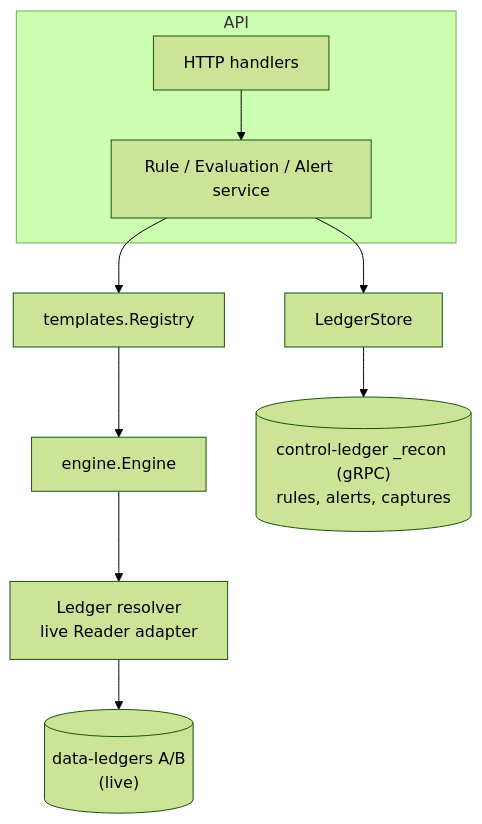
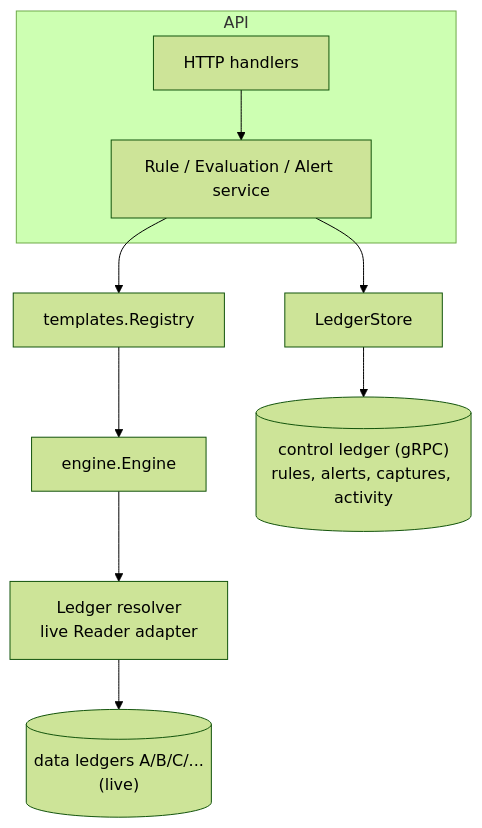
Before and after one commit to formancehq/reconciliation: the first of 3 diagrams in docs/technical/architecture.md, drawn with Mermaid (forest theme). The commit also changed other lines of this file and 77 other files, not shown here.

Commit message:
feat(reconciliation): add multi-source rules and audit timelines

````diff
--- a/docs/technical/architecture.md
+++ b/docs/technical/architecture.md
@@ -46,12 +48,12 @@
 ```mermaid
 flowchart TB
     subgraph API
         HTTP[HTTP handlers] --> Svc[Rule / Evaluation / Alert service]
     end
     Svc --> Reg[templates.Registry]
     Svc --> Store[LedgerStore]
     Reg --> Eng[engine.Engine]
     Eng --> LR["Ledger resolver<br/>live Reader adapter"]
-    Store --> Recon[("control-ledger _recon (gRPC)<br/>rules, alerts, captures")]
-    LR --> Data[("data-ledgers A/B<br/>(live)")]
+    Store --> Recon[("control ledger (gRPC)<br/>rules, alerts, captures, activity")]
+    LR --> Data[("data ledgers A/B/C/...<br/>(live)")]
 ```
````
